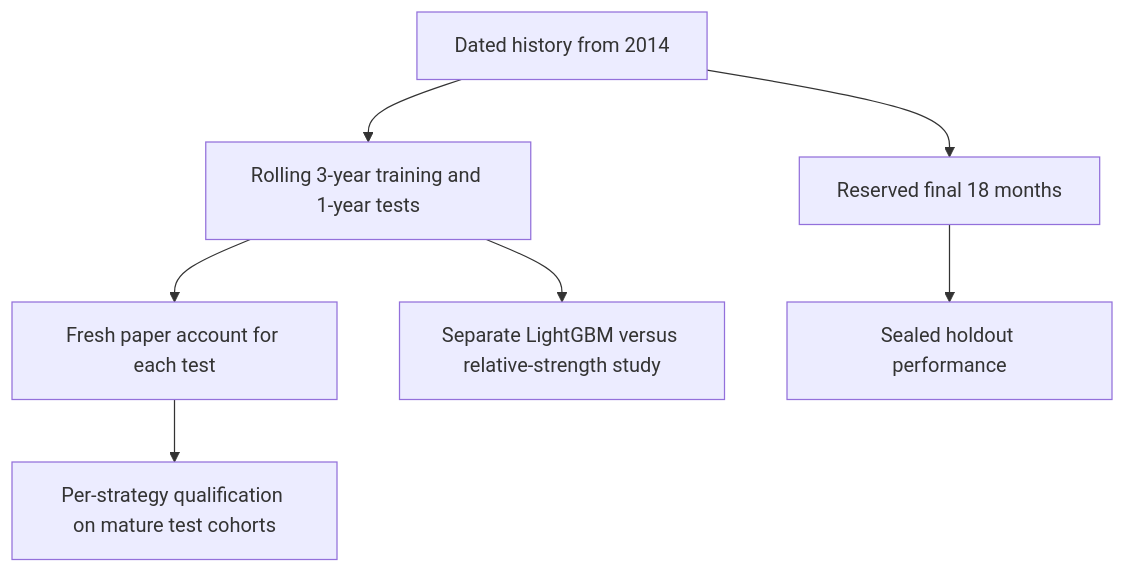
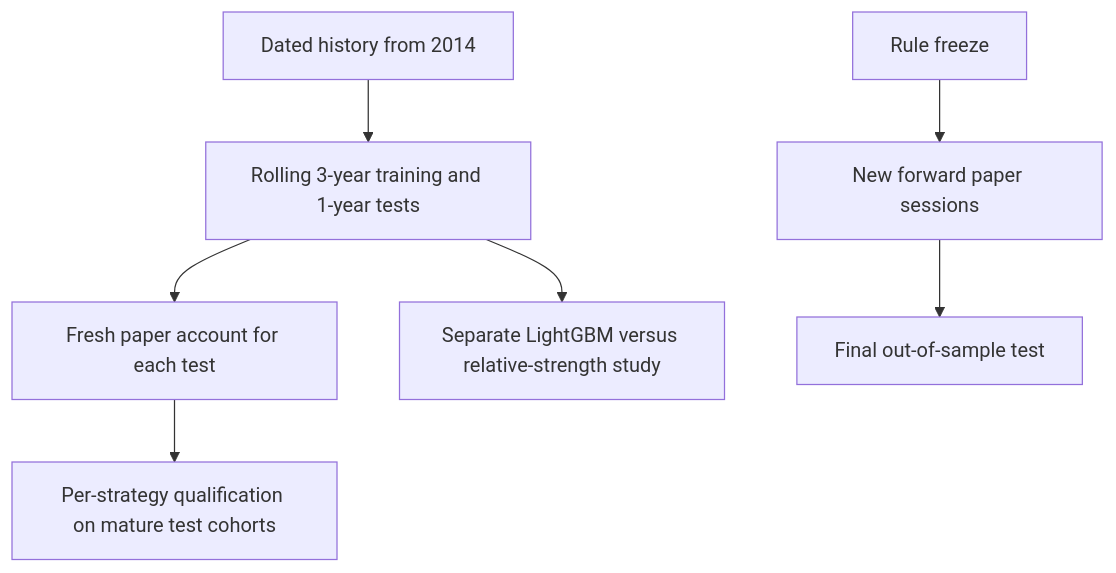
One commit to prakx1/ThesisTally changed diagram 11 of 14 in docs/current-design.md. Above: the diagram before and after it, drawn with Mermaid. The commit also changed other lines of this file and 1255 other files, not shown here.

````diff
--- a/docs/current-design.md
+++ b/docs/current-design.md
@@ -242,9 +246,9 @@
 ```mermaid
 flowchart TB
     H["Dated history from 2014"] --> W["Rolling 3-year training and 1-year tests"]
     W --> P["Fresh paper account for each test"]
     P --> G["Per-strategy qualification on mature test cohorts"]
     W --> L["Separate LightGBM versus relative-strength study"]
-    H --> F["Reserved final 18 months"]
-    F --> M["Sealed holdout performance"]
+    F["Rule freeze"] --> N["New forward paper sessions"]
+    N --> M["Final out-of-sample test"]
 ```
````
